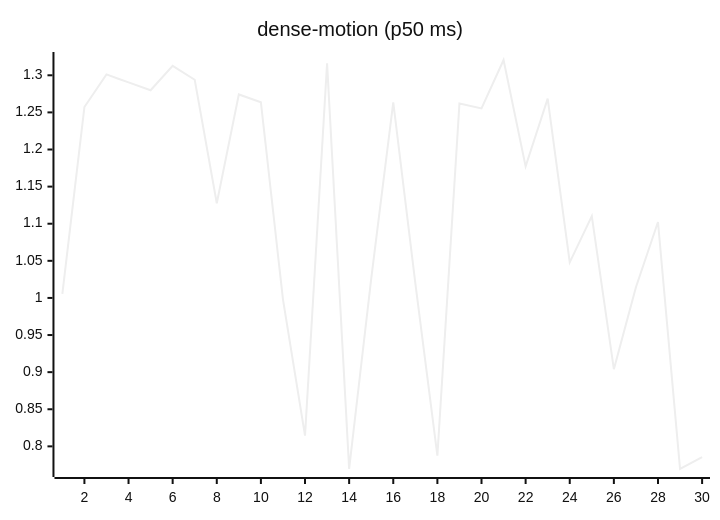
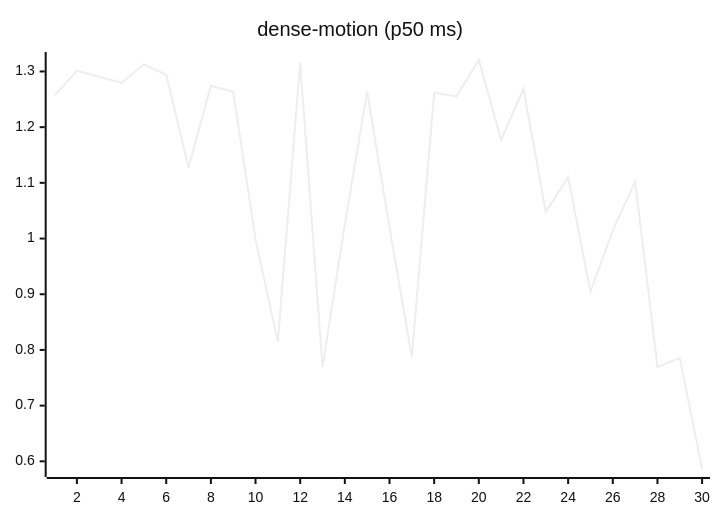
One commit to josha/Facet changed the ninth of 27 diagrams in README.md. Above: the diagram before and after it, drawn with Mermaid (neutral theme). The commit also changed other lines of this file and 2 other files, not shown here.

````diff
--- a/README.md
+++ b/README.md
@@ -119,6 +119,6 @@
 ```mermaid
 xychart-beta
     title "dense-motion (p50 ms)"
     x-axis 1 --> 30
-    line [1.0054, 1.2572, 1.3012, 1.2904, 1.2798, 1.3128, 1.2940, 1.1276, 1.2742, 1.2636, 0.9981, 0.8144, 1.3160, 0.7697, 1.0258, 1.2636, 1.0200, 0.7874, 1.2619, 1.2553, 1.3206, 1.1772, 1.2685, 1.0480, 1.1102, 0.9040, 1.0144, 1.1023, 0.7695, 0.7856]
+    line [1.2572, 1.3012, 1.2904, 1.2798, 1.3128, 1.2940, 1.1276, 1.2742, 1.2636, 0.9981, 0.8144, 1.3160, 0.7697, 1.0258, 1.2636, 1.0200, 0.7874, 1.2619, 1.2553, 1.3206, 1.1772, 1.2685, 1.0480, 1.1102, 0.9040, 1.0144, 1.1023, 0.7695, 0.7856, 0.5862]
 ```
````
